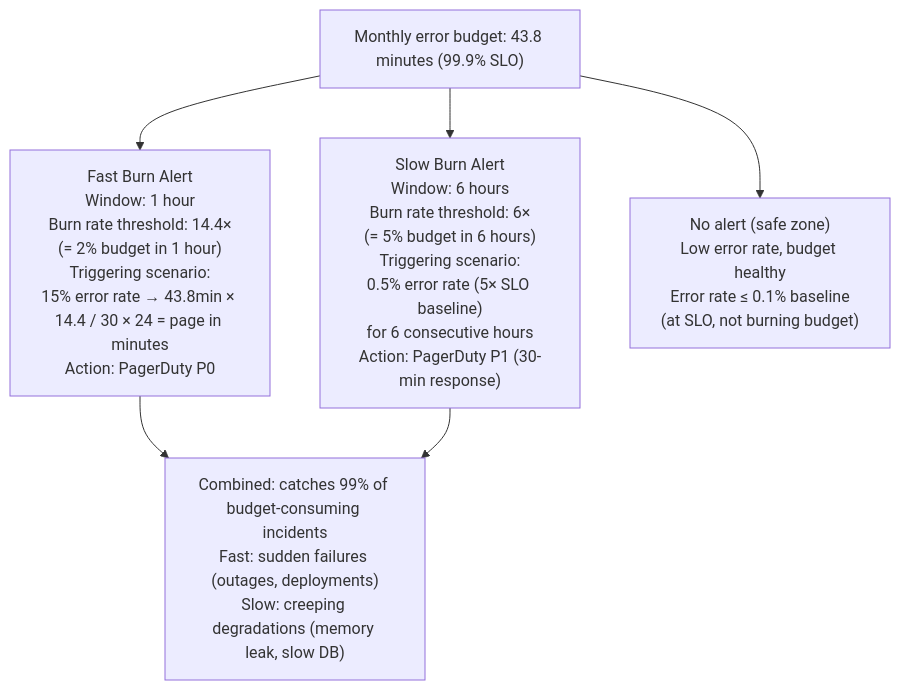
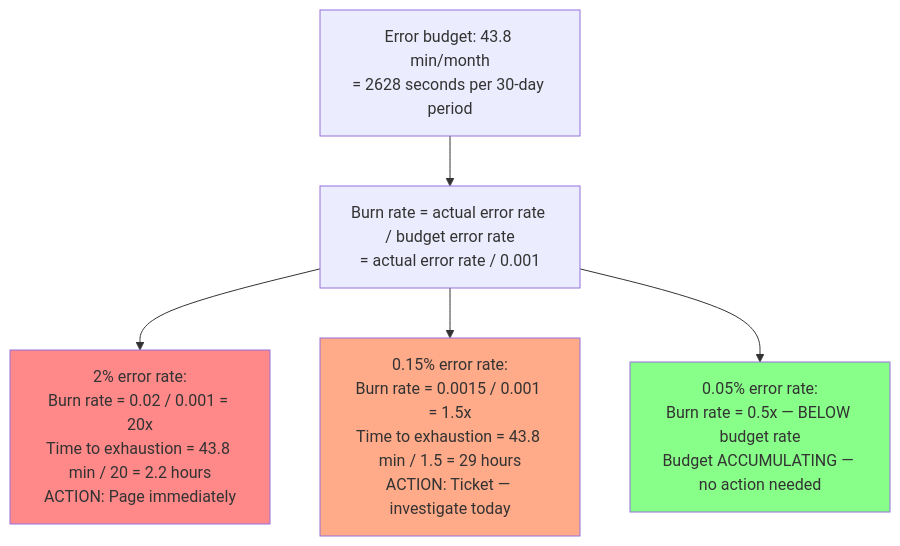
Before and after one commit to gauravprwl14/system-design-course: the fourth of 13 diagrams in docs-site/content/12-interview-prep/question-bank/observability-sre/slo-sla-error-budgets.md, drawn with Mermaid. The commit also changed other lines of this file and 3 other files, not shown here.

Commit message:
feat(question-bank): mobile-architecture COMPLETE (offline-first-sync + mobile-app-architecture)

````diff
--- a/docs-site/content/12-interview-prep/question-bank/observability-sre/slo-sla-error-budgets.md
+++ b/docs-site/content/12-interview-prep/question-bank/observability-sre/slo-sla-error-budgets.md
@@ -126,15 +137,21 @@
 ```mermaid
 graph TD
-  Budget["Monthly error budget: 43.8 minutes (99.9% SLO)"]
+  Budget["Error budget: 43.8 min/month\n= 2628 seconds per 30-day period"]
 
-  Fast["Fast Burn Alert\nWindow: 1 hour\nBurn rate threshold: 14.4×\n(= 2% budget in 1 hour)\nTriggering scenario:\n15% error rate → 43.8min × 14.4 / 30 × 24 = page in minutes\nAction: PagerDuty P0"]
+  BurnRate["Burn rate = actual error rate / budget error rate\n= actual error rate / 0.001"]
 
-  Slow["Slow Burn Alert\nWindow: 6 hours\nBurn rate threshold: 6×\n(= 5% budget in 6 hours)\nTriggering scenario:\n0.5% error rate (5× SLO baseline)\nfor 6 consecutive hours\nAction: PagerDuty P1 (30-min response)"]
+  Fast["2% error rate:\nBurn rate = 0.02 / 0.001 = 20x\nTime to exhaustion = 43.8 min / 20 = 2.2 hours\nACTION: Page immediately"]
 
-  Neither["No alert (safe zone)\nLow error rate, budget healthy\nError rate ≤ 0.1% baseline\n(at SLO, not burning budget)"]
+  Slow["0.15% error rate:\nBurn rate = 0.0015 / 0.001 = 1.5x\nTime to exhaustion = 43.8 min / 1.5 = 29 hours\nACTION: Ticket — investigate today"]
 
-  Budget --> Fast & Slow & Neither
+  Normal["0.05% error rate:\nBurn rate = 0.5x — BELOW budget rate\nBudget ACCUMULATING — no action needed"]
 
-  Coverage["Combined: catches 99% of budget-consuming incidents\nFast: sudden failures (outages, deployments)\nSlow: creeping degradations (memory leak, slow DB)"]
-  Fast & Slow --> Coverage
+  Budget --> BurnRate
+  BurnRate --> Fast
+  BurnRate --> Slow
+  BurnRate --> Normal
+
+  style Fast fill:#f88
+  style Slow fill:#fa8
+  style Normal fill:#8f8
 ```
````
